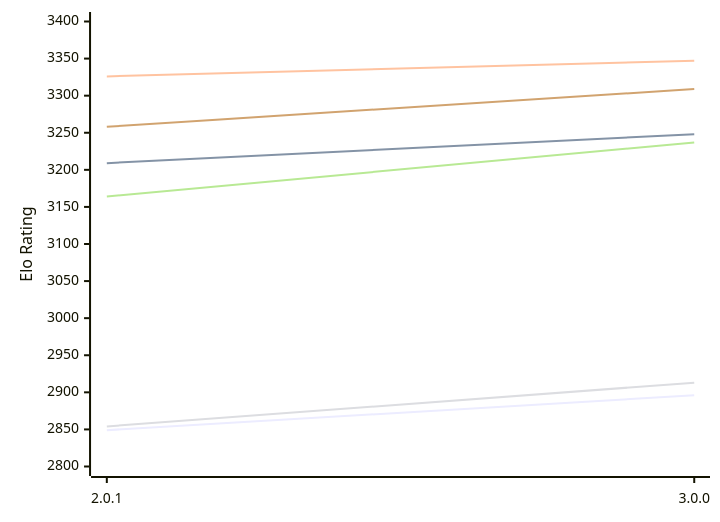
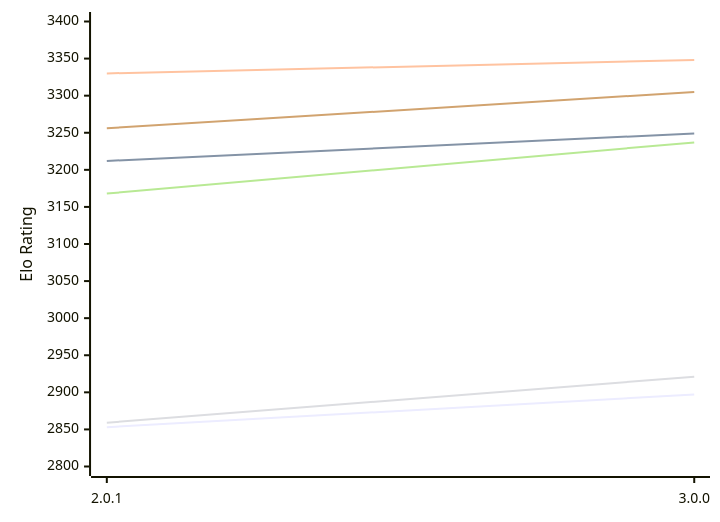
Before and after one commit to computer-chess-index/cci: the first of 2 diagrams in engines/Grail.md, drawn with Mermaid. The commit also changed other lines of this file, not shown here.

Commit message:
Update CCI Ratings (ELO VLTC) - 2026-11-17

````diff
--- a/engines/Grail.md
+++ b/engines/Grail.md
@@ -56,12 +56,12 @@
 ```mermaid
 %%{init: {"theme":"base","themeVariables":{"seriesColors:['#a3a3a3','#222221','#faa371']}}}%%
 xychart-beta
   x-axis ["2.0.1", "3.0.0"]
   y-axis "Elo Rating" 2800 --> 3400
-  line "E1: STC (8.0+0.08s)" [2849, 2896]
-  line "E1: LTC (60.0+0.60s)" [3209, 3248]
-  line "E1: VLTC (2m24s+1.12s)" [3326, 3347]
-  line "P1: STC (8.0+0.08s)" [2854, 2913]
-  line "P1: LTC (60.0+0.60s)" [3164, 3237]
-  line "P1: VLTC (2m24s+1.12s)" [3258, 3309]
+  line "E1: STC (8.0+0.08s)" [2853, 2897]
+  line "E1: LTC (60.0+0.60s)" [3212, 3249]
+  line "E1: VLTC (2m24s+1.12s)" [3330, 3348]
+  line "P1: STC (8.0+0.08s)" [2859, 2921]
+  line "P1: LTC (60.0+0.60s)" [3168, 3237]
+  line "P1: VLTC (2m24s+1.12s)" [3256, 3305]
 ```
````
